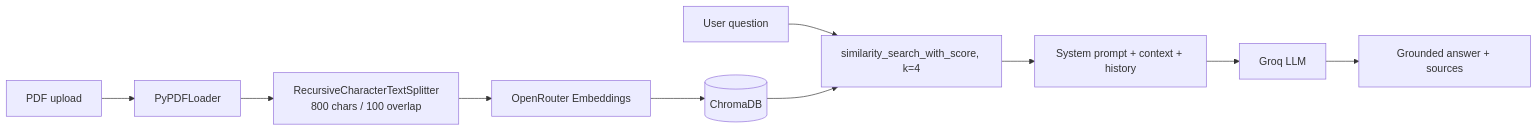
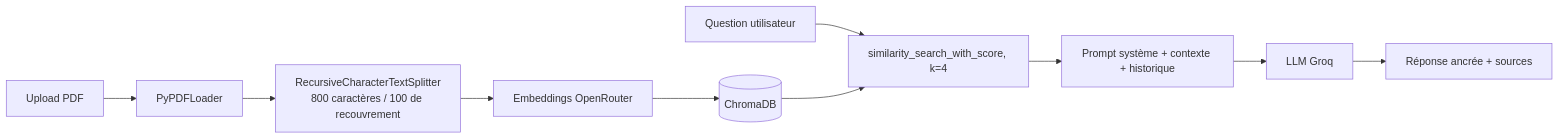
Before and after one commit to t4lhawi/MedAssist-AI: the fifth of 6 diagrams in docs/architecture.md, drawn with Mermaid. The commit also changed other lines of this file and 9 other files, not shown here.

````diff
--- a/docs/architecture.md
+++ b/docs/architecture.md
@@ -175,13 +175,13 @@
 ```mermaid
 flowchart LR
-  PDF[PDF upload] --> PyPDF[PyPDFLoader]
-  PyPDF --> Split[RecursiveCharacterTextSplitter<br/>800 chars / 100 overlap]
-  Split --> Embed[OpenRouter Embeddings]
+  PDF[Upload PDF] --> PyPDF[PyPDFLoader]
+  PyPDF --> Split[RecursiveCharacterTextSplitter<br/>800 caractères / 100 de recouvrement]
+  Split --> Embed[Embeddings OpenRouter]
   Embed --> Chroma[(ChromaDB)]
 
-  Q[User question] --> Search[similarity_search_with_score, k=4]
+  Q[Question utilisateur] --> Search[similarity_search_with_score, k=4]
   Chroma --> Search
-  Search --> Prompt[System prompt + context + history]
-  Prompt --> Groq[Groq LLM]
-  Groq --> Reply[Grounded answer + sources]
+  Search --> Prompt[Prompt système + contexte + historique]
+  Prompt --> Groq[LLM Groq]
+  Groq --> Reply[Réponse ancrée + sources]
 ```
````
